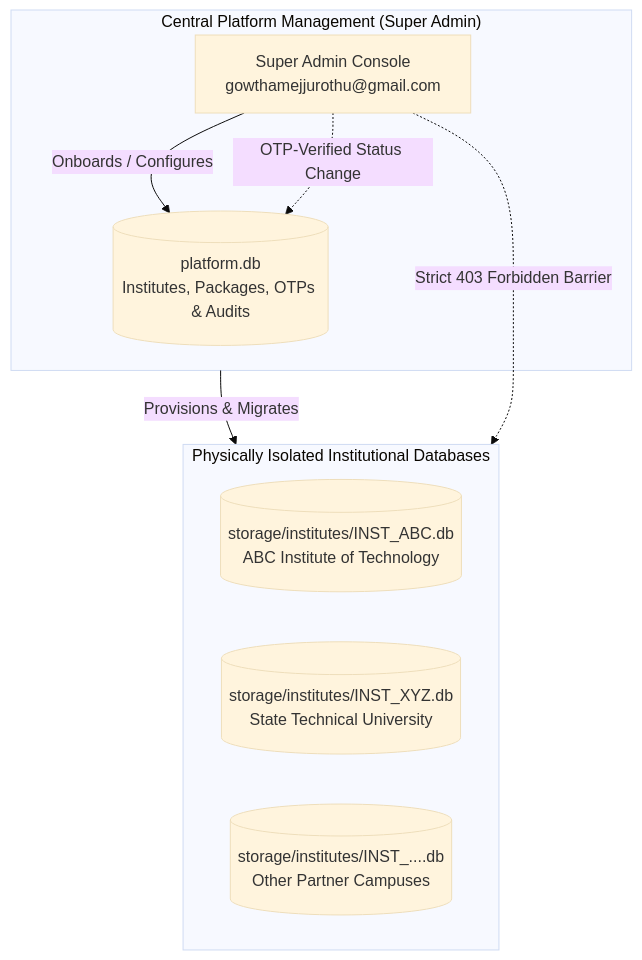
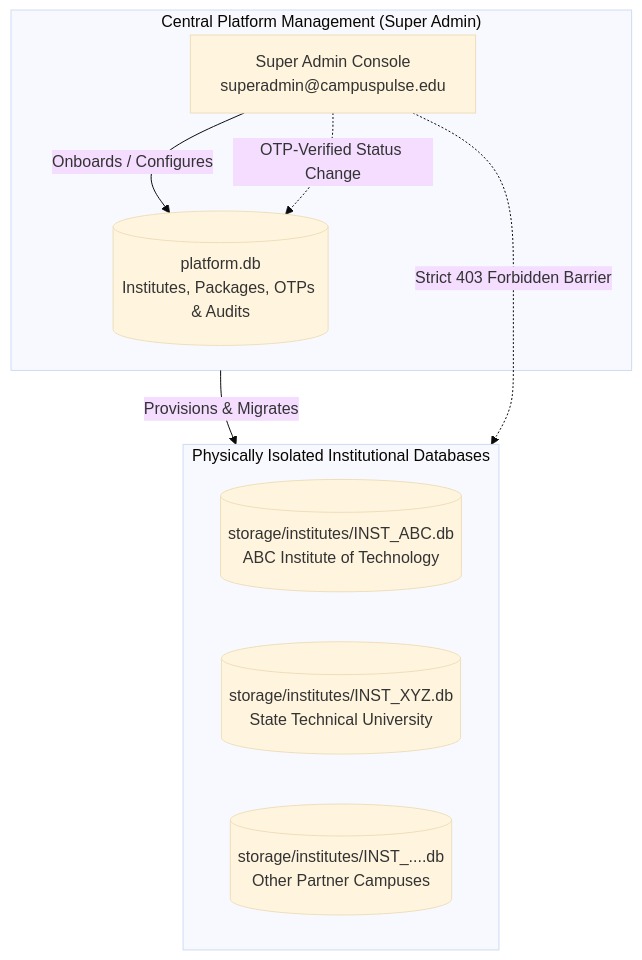
One commit to gowthame23/campus_pulse changed the first of 3 diagrams in README.md. Above: the diagram before and after it, drawn with Mermaid (base theme). The commit also changed other lines of this file and 19 other files, not shown here.

Commit message:
chore(campuspulse): polish repo, sanitize PII, document architecture, and fix test harness to 100% pass

````diff
--- a/README.md
+++ b/README.md
@@ -22,17 +22,17 @@
 ```mermaid
 flowchart TD
     subgraph PlatformLayer["Central Platform Management (Super Admin)"]
         PDB[("platform.db<br/>Institutes, Packages, OTPs & Audits")]
-        SA["Super Admin Console<br/>gowthamejjurothu@gmail.com"] -->|Onboards / Configures| PDB
+        SA["Super Admin Console<br/>superadmin@campuspulse.edu"] -->|Onboards / Configures| PDB
         SA -.->|"OTP-Verified Status Change"| PDB
     end
 
     subgraph TenantIsolation["Physically Isolated Institutional Databases"]
         T1[("storage/institutes/INST_ABC.db<br/>ABC Institute of Technology")]
         T2[("storage/institutes/INST_XYZ.db<br/>State Technical University")]
         TN[("storage/institutes/INST_....db<br/>Other Partner Campuses")]
     end
 
     PlatformLayer -->|Provisions & Migrates| TenantIsolation
     SA -.->|Strict 403 Forbidden Barrier| TenantIsolation
 ```
````
